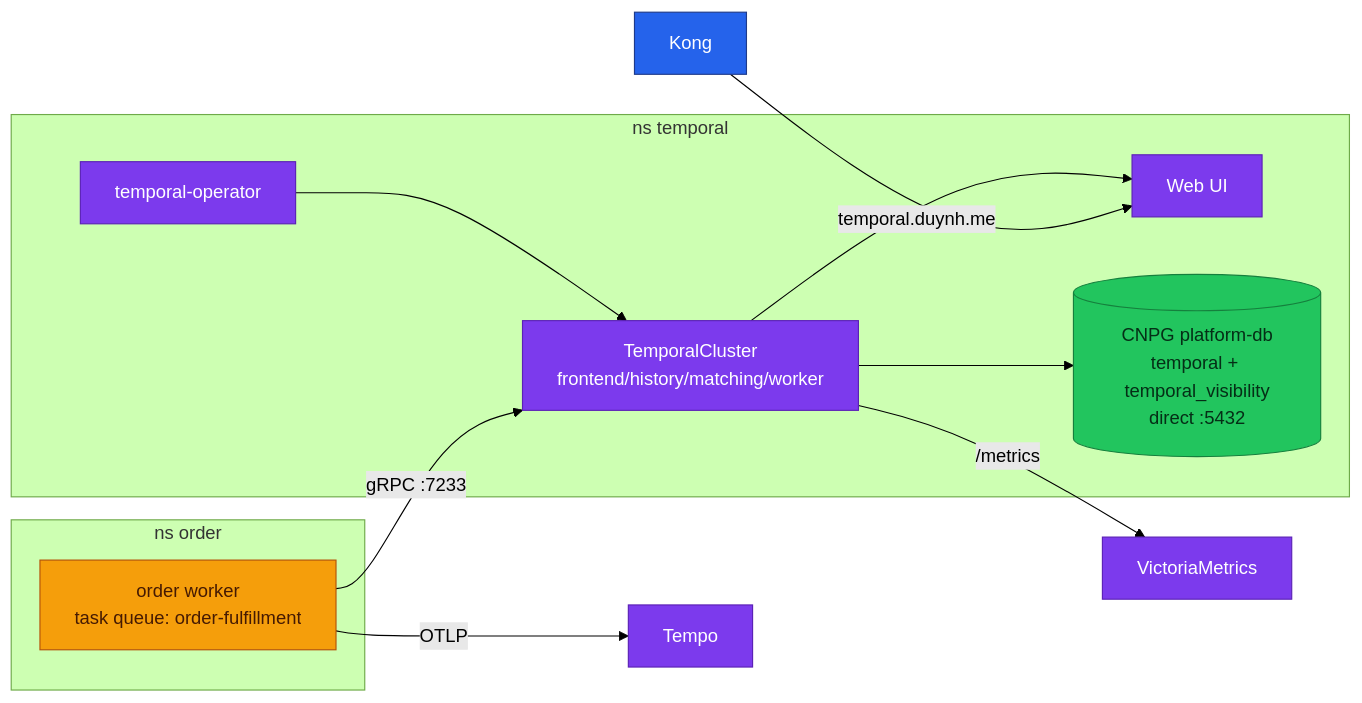
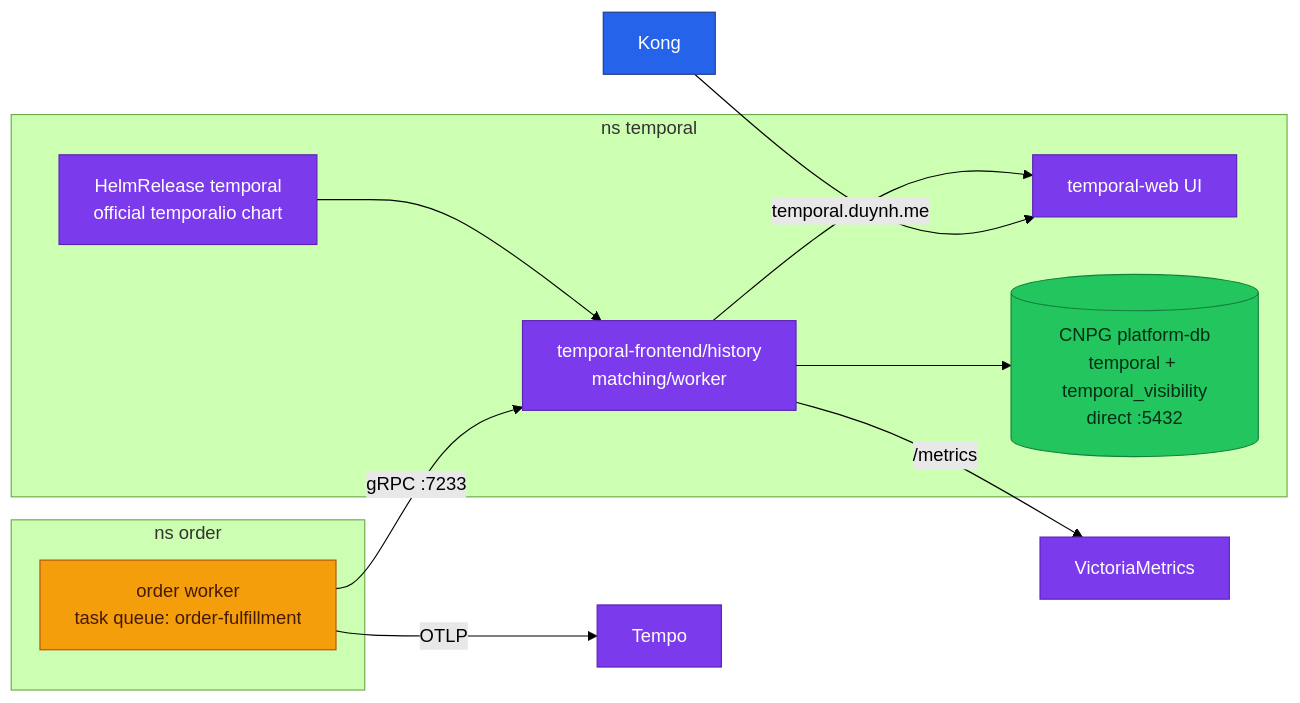
One commit to duynhlab/homelab changed diagram 14 of 14 in docs/api/temporal-order-fulfillment.md. Above: the diagram before and after it, drawn with Mermaid (forest theme). The commit also changed other lines of this file and 22 other files, not shown here.

````diff
--- a/docs/api/temporal-order-fulfillment.md
+++ b/docs/api/temporal-order-fulfillment.md
@@ -584,28 +584,28 @@
 ```mermaid
 flowchart LR
     subgraph ns_temporal[ns temporal]
-        OP[temporal-operator]
-        TC[TemporalCluster<br/>frontend/history/matching/worker]
-        UI[Web UI]
+        HR[HelmRelease temporal<br/>official temporalio chart]
+        TC[temporal-frontend/history<br/>matching/worker]
+        UI[temporal-web UI]
         TDB[(CNPG platform-db<br/>temporal + temporal_visibility<br/>direct :5432)]
-        OP --> TC
+        HR --> TC
         TC --> TDB
         TC --> UI
     end
     subgraph ns_order[ns order]
         OW[order worker<br/>task queue: order-fulfillment]
     end
     OW -- gRPC :7233 --> TC
     Kong[Kong] -- temporal.duynh.me --> UI
     TC -- /metrics --> VM[VictoriaMetrics]
     OW -- OTLP --> Tempo
 
     classDef edge fill:#2563eb,color:#fff,stroke:#1e3a8a;
     classDef worker fill:#f59e0b,color:#451a03,stroke:#b45309;
     classDef platform fill:#7c3aed,color:#fff,stroke:#5b21b6;
     classDef data fill:#22c55e,color:#052e16,stroke:#15803d;
     class Kong edge;
     class OW worker;
-    class OP,TC,UI,VM,Tempo platform;
+    class HR,TC,UI,VM,Tempo platform;
     class TDB data;
 ```
````
